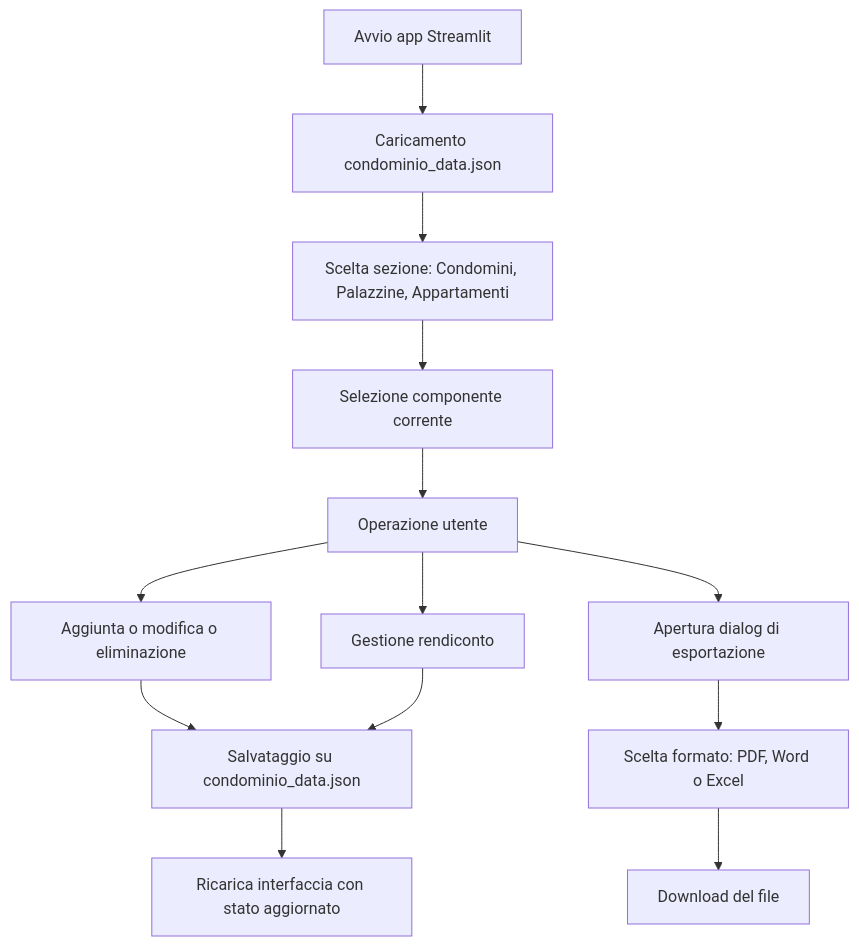
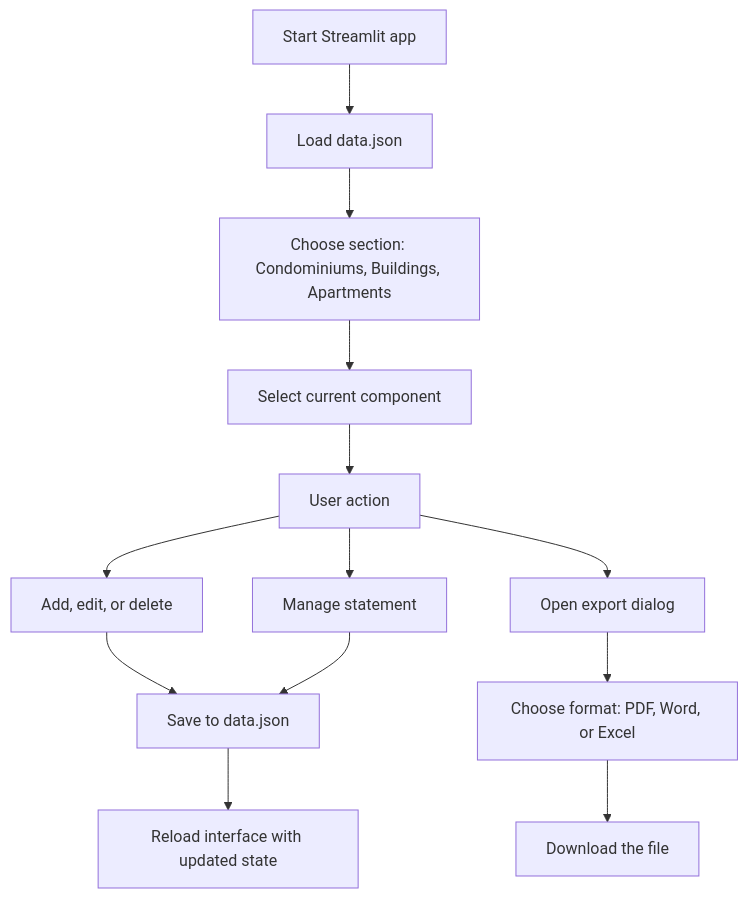
The second of 3 diagrams in README.md (matteogiorgi/amele), drawn with Mermaid before and after one commit. The commit also changed other lines of this file and 8 other files, not shown here.

````diff
--- a/README.md
+++ b/README.md
@@ -160,15 +162,15 @@
 ```mermaid
 flowchart TD
-    A[Avvio app Streamlit] --> B[Caricamento condominio_data.json]
-    B --> C[Scelta sezione: Condomini, Palazzine, Appartamenti]
-    C --> D[Selezione componente corrente]
-    D --> E[Operazione utente]
-    E --> F[Aggiunta o modifica o eliminazione]
-    E --> G[Gestione rendiconto]
-    E --> H[Apertura dialog di esportazione]
-    F --> I[Salvataggio su condominio_data.json]
+    A[Start Streamlit app] --> B[Load data.json]
+    B --> C[Choose section: Condominiums, Buildings, Apartments]
+    C --> D[Select current component]
+    D --> E[User action]
+    E --> F[Add, edit, or delete]
+    E --> G[Manage statement]
+    E --> H[Open export dialog]
+    F --> I[Save to data.json]
     G --> I
-    H --> L[Scelta formato: PDF, Word o Excel]
-    L --> N[Download del file]
-    I --> M[Ricarica interfaccia con stato aggiornato]
+    H --> L[Choose format: PDF, Word, or Excel]
+    L --> N[Download the file]
+    I --> M[Reload interface with updated state]
 ```
````
